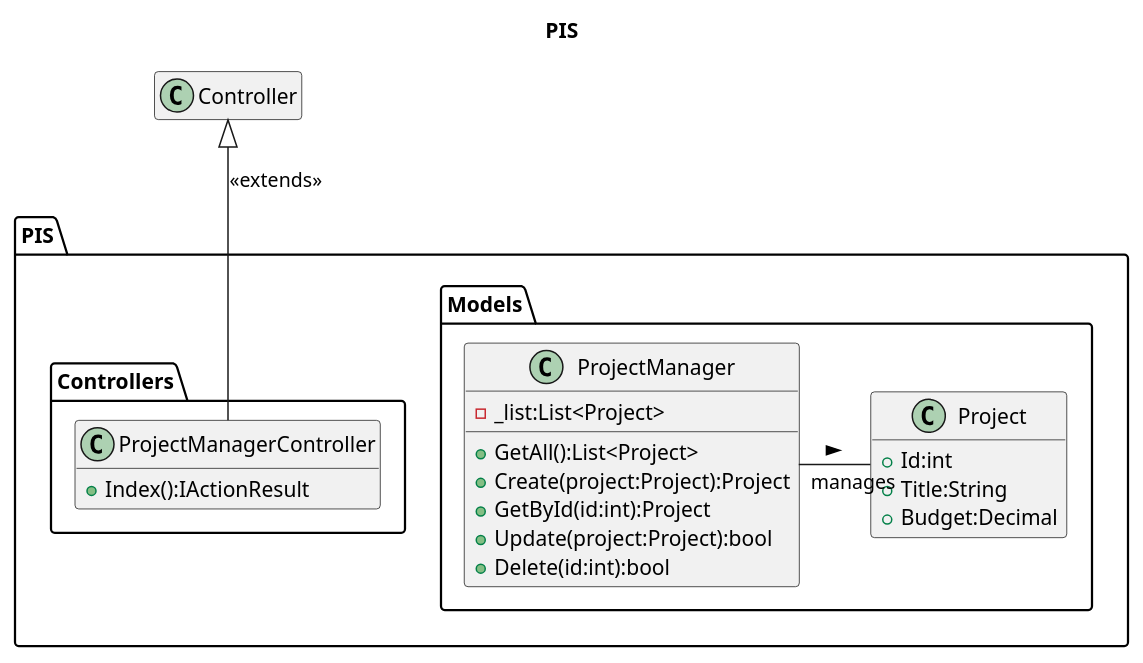
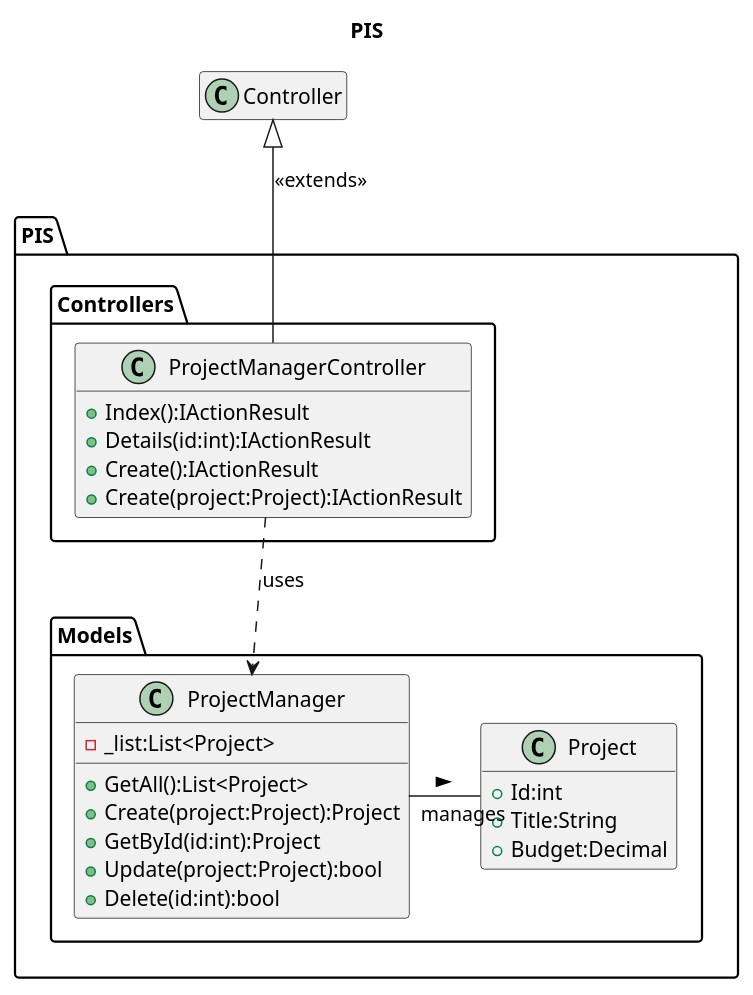
One commit to zcomert/project-information-system changed the diagram in UMLs/PIS.wsd. Above: the diagram before and after it, drawn with PlantUML. The commit also changed 1 other file, not shown here.

```diff
--- a/UMLs/PIS.wsd
+++ b/UMLs/PIS.wsd
@@ -1,40 +1,44 @@
 @startuml
 title PIS
 
 package PIS.Models
 {
     class Project
     {
         +Id:int
         +Title:String
         +Budget:Decimal
     }
 
     class ProjectManager
     {
         -_list:List<Project>
         
         +GetAll():List<Project>
         +Create(project:Project):Project
         +GetById(id:int):Project
         +Update(project:Project):bool
         +Delete(id:int):bool
     }
 }
 
 package PIS.Controllers 
 {
     class ProjectManagerController{
         +Index():IActionResult
+        +Details(id:int):IActionResult
+        +Create():IActionResult
+        +Create(project:Project):IActionResult
     }
 }
 
 class Controller{}
 
 ProjectManager - Project : > "manages"
 ProjectManagerController -up-|> Controller : "<<extends>>"
+ProjectManagerController ..> ProjectManager : "uses"
 
 
 
 hide empty members
 @enduml
```
